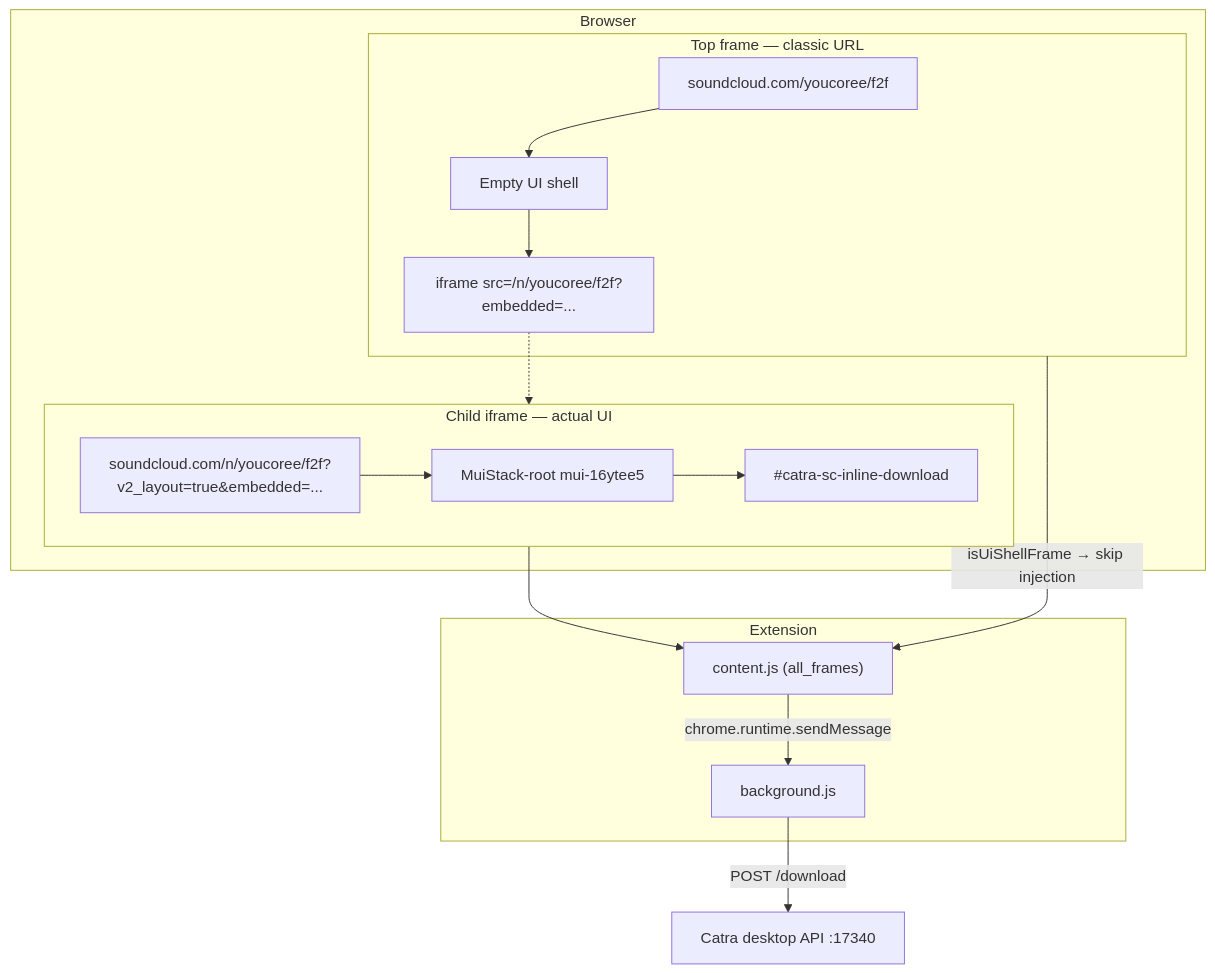
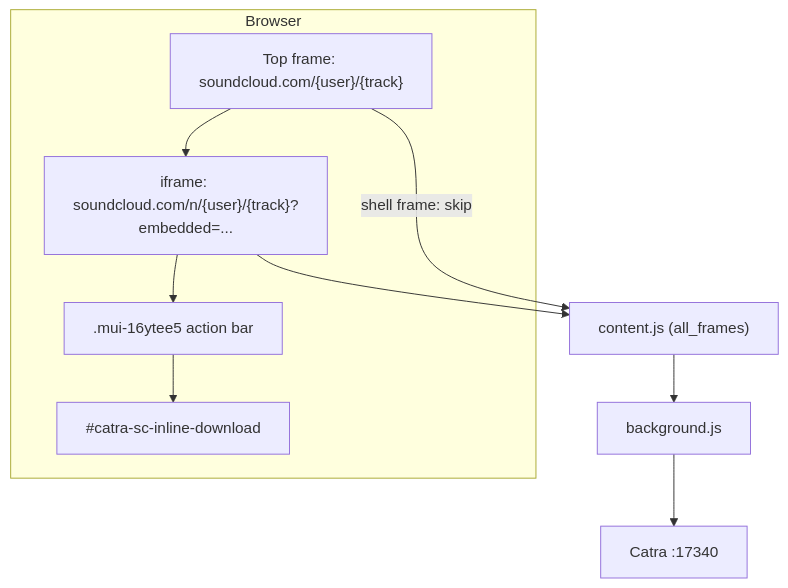
The diagram in apps/chrome/ARCHITECTURE.md (potistudio/Catra), drawn with Mermaid before and after one commit. The commit also changed other lines of this file and 2 other files, not shown here.

First line of the commit message:
refactor: Remove legacy UI paths and debug debt from SoundCloud extension.

````diff
--- a/apps/chrome/ARCHITECTURE.md
+++ b/apps/chrome/ARCHITECTURE.md
@@ -15,33 +11,15 @@
 ```mermaid
 flowchart TB
   subgraph Browser
-    subgraph TopFrame["Top frame — classic URL"]
-      URL1["soundcloud.com/youcoree/f2f"]
-      Shell["Empty UI shell"]
-      Iframe["iframe src=/n/youcoree/f2f?embedded=..."]
-      URL1 --> Shell
-      Shell --> Iframe
-    end
-
-    subgraph ChildFrame["Child iframe — actual UI"]
-      URL2["soundcloud.com/n/youcoree/f2f?v2_layout=true&embedded=..."]
-      MUI["MuiStack-root mui-16ytee5"]
-      Btn["#catra-sc-inline-download"]
-      URL2 --> MUI
-      MUI --> Btn
-    end
-
-    Iframe -.-> ChildFrame
+    Top["Top frame: soundcloud.com/{user}/{track}"]
+    Iframe["iframe: soundcloud.com/n/{user}/{track}?embedded=..."]
+    MUI[".mui-16ytee5 action bar"]
+    Btn["#catra-sc-inline-download"]
+    Top --> Iframe --> MUI --> Btn
   end
 
-  subgraph Extension
-    CS["content.js (all_frames)"]
-    BG["background.js"]
-    CS -->|"chrome.runtime.sendMessage"| BG
-  end
-
-  ChildFrame --> CS
-  TopFrame -->|"isUiShellFrame → skip injection"| CS
-
-  BG -->|"POST /download"| Catra["Catra desktop API :17340"]
+  CS["content.js (all_frames)"] --> BG["background.js"]
+  Iframe --> CS
+  Top -->|"shell frame: skip"| CS
+  BG --> Catra["Catra :17340"]
 ```
````
